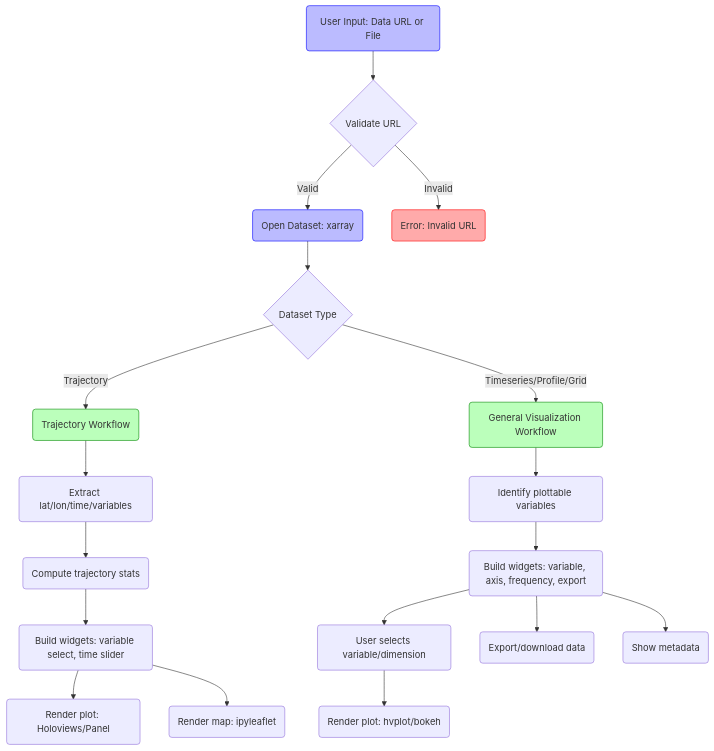
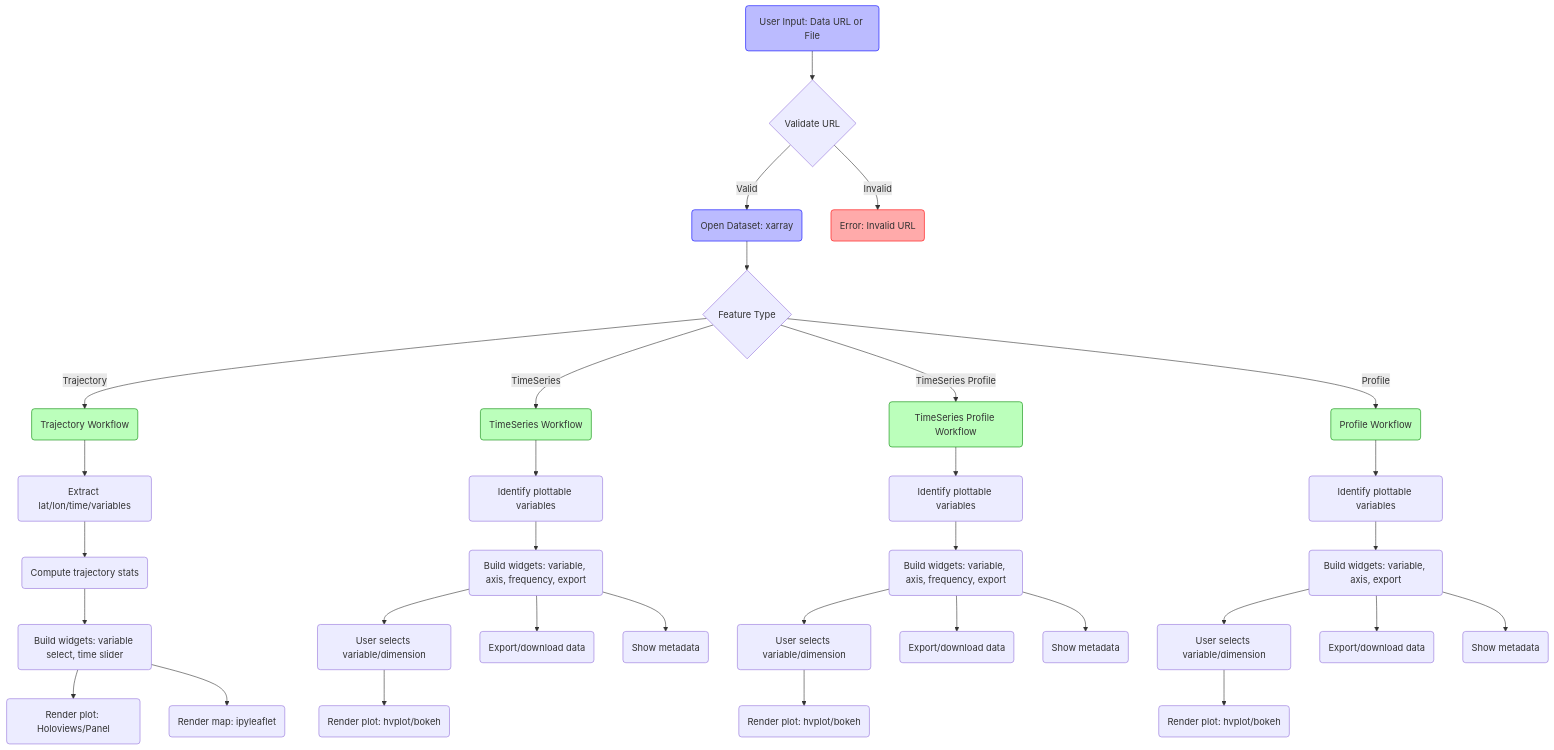
Before and after one commit to metno/metviz: the diagram in metviz/docs/datamodel.md, drawn with Mermaid. The commit also changed other lines of this file and 1 other file, not shown here.

Commit message:
fixing wrong feturetype

````diff
--- a/metviz/docs/datamodel.md
+++ b/metviz/docs/datamodel.md
@@ -74,25 +75,41 @@
 ```mermaid
 flowchart TD
     A(User Input: Data URL or File) --> B{Validate URL}
     B -- Valid --> C(Open Dataset: xarray)
     B -- Invalid --> Z(Error: Invalid URL)
-    C --> D{Dataset Type}
+    C --> D{Feature Type}
     D -- Trajectory --> E(Trajectory Workflow)
-    D -- Timeseries/Profile/Grid --> F(General Visualization Workflow)
+    D -- TimeSeries --> F(TimeSeries Workflow)
+    D -- TimeSeries Profile --> G(TimeSeries Profile Workflow)
+    D -- Profile --> H(Profile Workflow)
     E --> E1(Extract lat/lon/time/variables)
     E1 --> E2(Compute trajectory stats)
     E2 --> E3(Build widgets: variable select, time slider)
     E3 --> E4(Render plot: Holoviews/Panel)
     E3 --> E5(Render map: ipyleaflet)
     F --> F1(Identify plottable variables)
     F1 --> F2(Build widgets: variable, axis, frequency, export)
     F2 --> F3(User selects variable/dimension)
     F3 --> F4(Render plot: hvplot/bokeh)
     F2 --> F5(Export/download data)
     F2 --> F6(Show metadata)
+    G --> G1(Identify plottable variables)
+    G1 --> G2(Build widgets: variable, axis, frequency, export)
+    G2 --> G3(User selects variable/dimension)
+    G3 --> G4(Render plot: hvplot/bokeh)
+    G2 --> G5(Export/download data)
+    G2 --> G6(Show metadata)
+    H --> H1(Identify plottable variables)
+    H1 --> H2(Build widgets: variable, axis, export)
+    H2 --> H3(User selects variable/dimension)
+    H3 --> H4(Render plot: hvplot/bokeh)
+    H2 --> H5(Export/download data)
+    H2 --> H6(Show metadata)
     style Z fill:#faa,stroke:#f00
     style A fill:#bbf,stroke:#00f
     style C fill:#bbf,stroke:#00f
     style E fill:#bfb,stroke:#080
     style F fill:#bfb,stroke:#080
+    style G fill:#bfb,stroke:#080
+    style H fill:#bfb,stroke:#080
 ```
````
